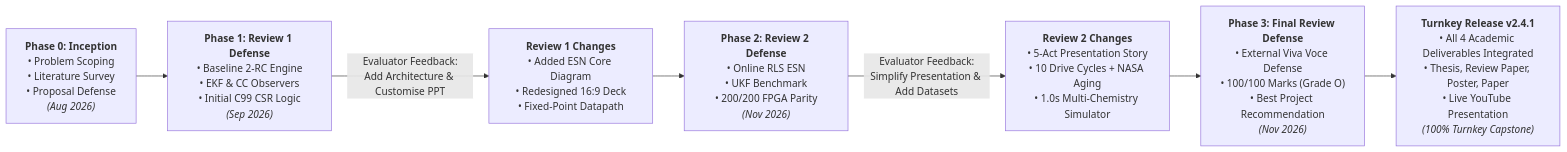
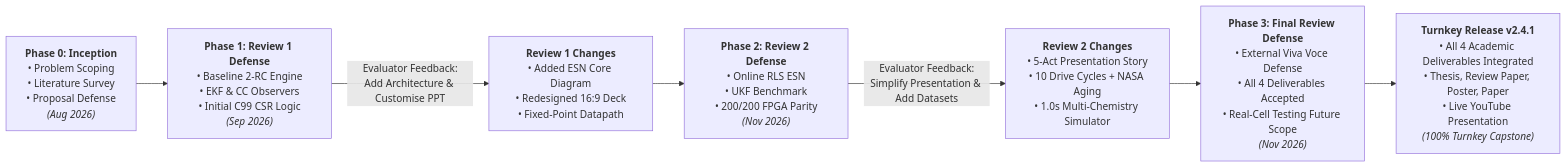
Before and after one commit to tanish-jain-225/Battery_State_Estimator_BE_Project_2026_2027: the first of 3 diagrams in README.md, drawn with Mermaid. The commit also changed other lines of this file and 6 other files, not shown here.

Commit message:
docs(final-review): integrate authentic geotag photo and deck, record external reviewer future scope guidance, and finalize turnkey v2.4.1

````diff
--- a/README.md
+++ b/README.md
@@ -72,10 +72,10 @@
 ```mermaid
 flowchart LR
     P0["<b>Phase 0: Inception</b><br/>• Problem Scoping<br/>• Literature Survey<br/>• Proposal Defense<br/><i>(Aug 2026)</i>"] 
     P0 --> P1["<b>Phase 1: Review 1 Defense</b><br/>• Baseline 2-RC Engine<br/>• EKF & CC Observers<br/>• Initial C99 CSR Logic<br/><i>(Sep 2026)</i>"]
     P1 -->|"Evaluator Feedback:<br/>Add Architecture & Customise PPT"| P1_Fix["<b>Review 1 Changes</b><br/>• Added ESN Core Diagram<br/>• Redesigned 16:9 Deck<br/>• Fixed-Point Datapath"]
     P1_Fix --> P2["<b>Phase 2: Review 2 Defense</b><br/>• Online RLS ESN<br/>• UKF Benchmark<br/>• 200/200 FPGA Parity<br/><i>(Nov 2026)</i>"]
     P2 -->|"Evaluator Feedback:<br/>Simplify Presentation & Add Datasets"| P2_Fix["<b>Review 2 Changes</b><br/>• 5-Act Presentation Story<br/>• 10 Drive Cycles + NASA Aging<br/>• 1.0s Multi-Chemistry Simulator"]
-    P2_Fix --> P3["<b>Phase 3: Final Review Defense</b><br/>• External Viva Voce Defense<br/>• 100/100 Marks (Grade O)<br/>• Best Project Recommendation<br/><i>(Nov 2026)</i>"]
+    P2_Fix --> P3["<b>Phase 3: Final Review Defense</b><br/>• External Viva Voce Defense<br/>• All 4 Deliverables Accepted<br/>• Real-Cell Testing Future Scope<br/><i>(Nov 2026)</i>"]
     P3 --> P4["<b>Turnkey Release v2.4.1</b><br/>• All 4 Academic Deliverables Integrated<br/>• Thesis, Review Paper, Poster, Paper<br/>• Live YouTube Presentation<br/><i>(100% Turnkey Capstone)</i>"]
 ```
````
